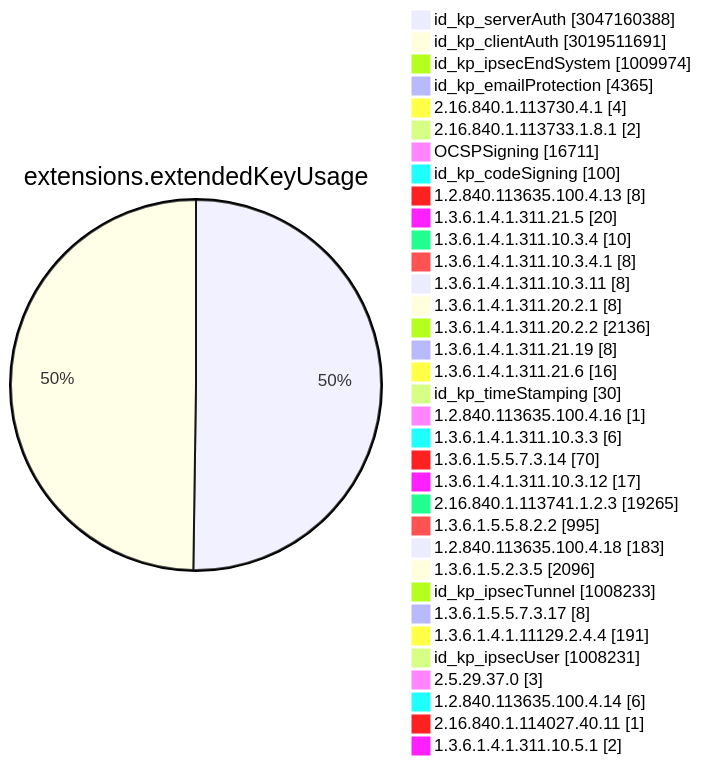
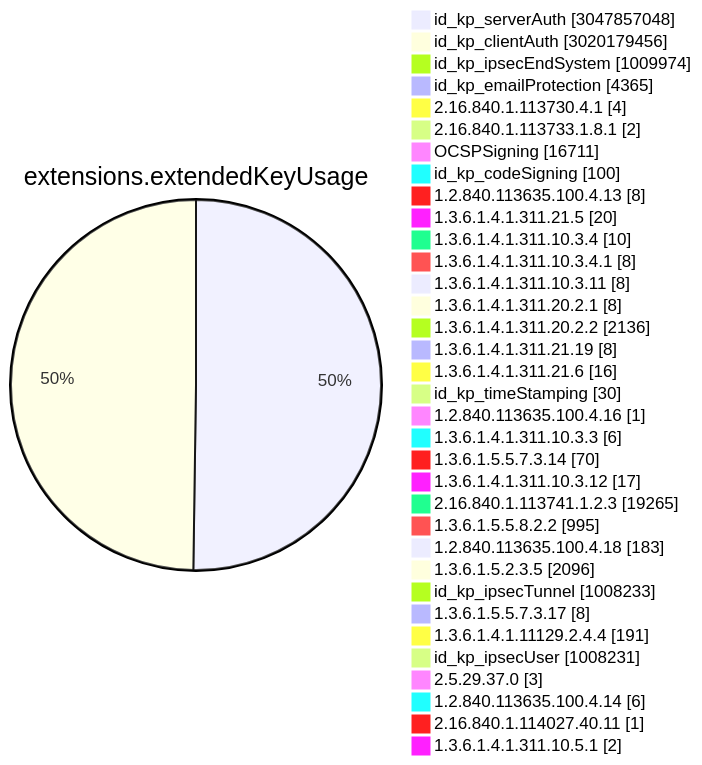
One commit to christiankrug/ctmonitor_visualization changed diagram 11 of 15 in TOTAL/README.md. Above: the diagram before and after it, drawn with Mermaid. The commit also changed other lines of this file, not shown here.

````diff
--- a/TOTAL/README.md
+++ b/TOTAL/README.md
@@ -4116,38 +4116,38 @@
 ```mermaid
 pie showData
 title extensions.extendedKeyUsage
-"id_kp_serverAuth" :3047160388
-"id_kp_clientAuth" :3019511691
+"id_kp_serverAuth" :3047857048
+"id_kp_clientAuth" :3020179456
 "id_kp_ipsecEndSystem" :1009974
 "id_kp_emailProtection" :4365
 "2.16.840.1.113730.4.1" :4
 "2.16.840.1.113733.1.8.1" :2
 "OCSPSigning" :16711
 "id_kp_codeSigning" :100
 "1.2.840.113635.100.4.13" :8
 "1.3.6.1.4.1.311.21.5" :20
 "1.3.6.1.4.1.311.10.3.4" :10
 "1.3.6.1.4.1.311.10.3.4.1" :8
 "1.3.6.1.4.1.311.10.3.11" :8
 "1.3.6.1.4.1.311.20.2.1" :8
 "1.3.6.1.4.1.311.20.2.2" :2136
 "1.3.6.1.4.1.311.21.19" :8
 "1.3.6.1.4.1.311.21.6" :16
 "id_kp_timeStamping" :30
 "1.2.840.113635.100.4.16" :1
 "1.3.6.1.4.1.311.10.3.3" :6
 "1.3.6.1.5.5.7.3.14" :70
 "1.3.6.1.4.1.311.10.3.12" :17
 "2.16.840.1.113741.1.2.3" :19265
 "1.3.6.1.5.5.8.2.2" :995
 "1.2.840.113635.100.4.18" :183
 "1.3.6.1.5.2.3.5" :2096
 "id_kp_ipsecTunnel" :1008233
 "1.3.6.1.5.5.7.3.17" :8
 "1.3.6.1.4.1.11129.2.4.4" :191
 "id_kp_ipsecUser" :1008231
 "2.5.29.37.0" :3
 "1.2.840.113635.100.4.14" :6
 "2.16.840.1.114027.40.11" :1
 "1.3.6.1.4.1.311.10.5.1" :2
 ```
````
